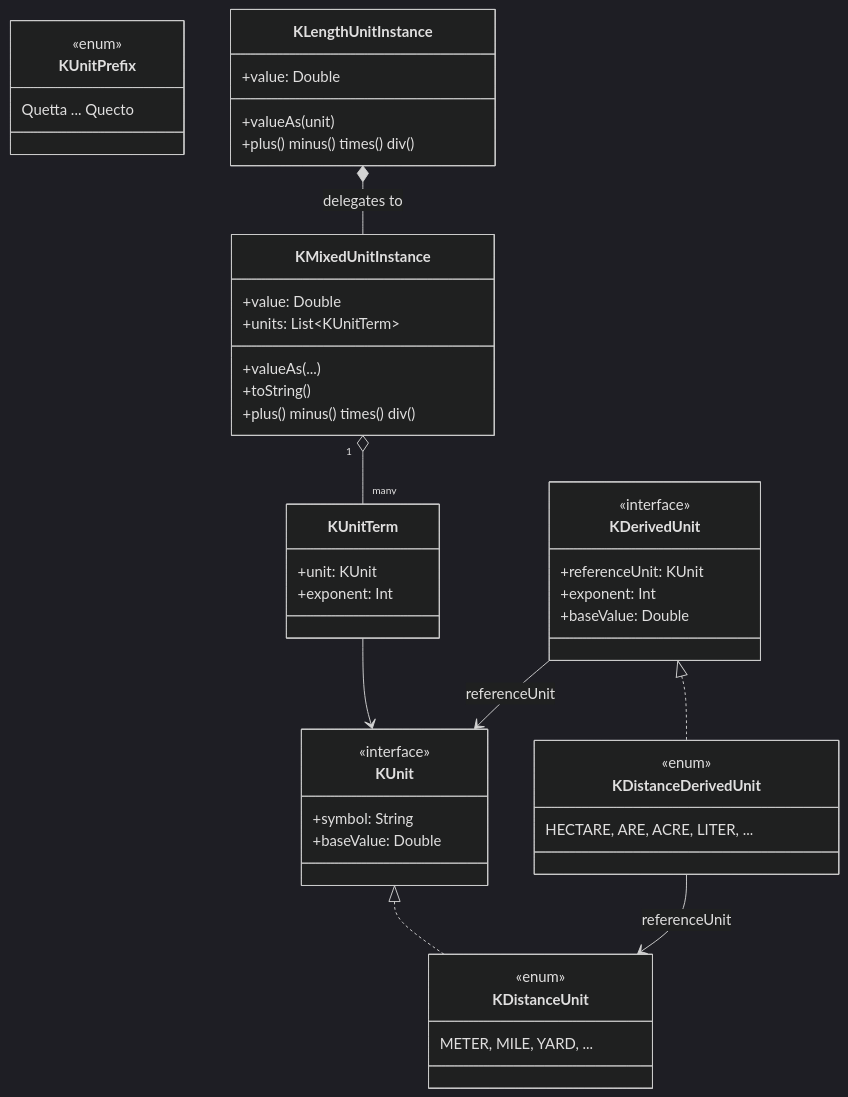
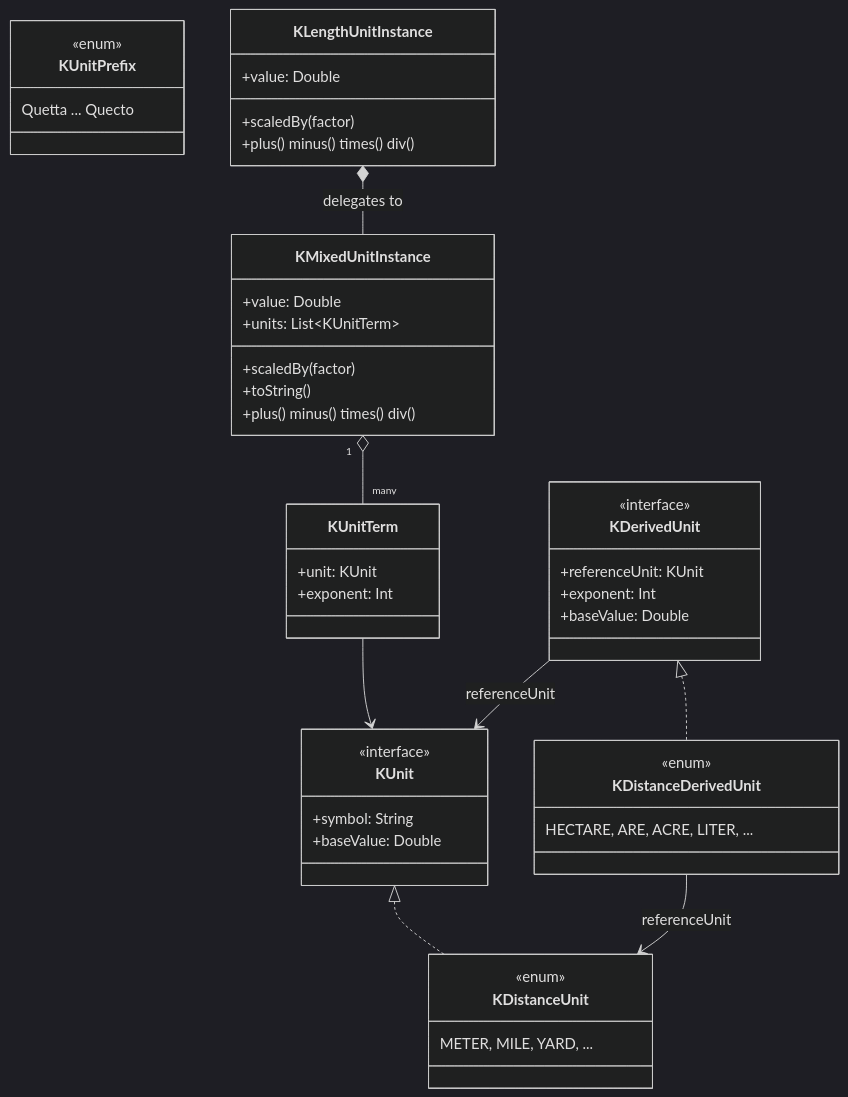
Before and after one commit to KleinerHacker/kunit: the diagram in README.md, drawn with Mermaid (dark theme). The commit also changed other lines of this file and 105 other files, not shown here.

````diff
--- a/README.md
+++ b/README.md
@@ -76,52 +78,52 @@
 ```mermaid
 classDiagram
     class KUnit {
         <<interface>>
         +symbol: String
         +baseValue: Double
     }
     class KMixedUnitInstance {
         +value: Double
         +units: List~KUnitTerm~
-        +valueAs(...)
+        +scaledBy(factor)
         +toString()
         +plus() minus() times() div()
     }
     class KUnitTerm {
         +unit: KUnit
         +exponent: Int
     }
     class KUnitPrefix {
         <<enum>>
         Quetta ... Quecto
     }
     class KDerivedUnit {
         <<interface>>
         +referenceUnit: KUnit
         +exponent: Int
         +baseValue: Double
     }
 
     KMixedUnitInstance "1" o-- "many" KUnitTerm
     KUnitTerm --> KUnit
     KDerivedUnit --> KUnit : referenceUnit
 
     class KDistanceUnit {
         <<enum>>
         METER, MILE, YARD, ...
     }
     class KLengthUnitInstance {
         +value: Double
-        +valueAs(unit)
+        +scaledBy(factor)
         +plus() minus() times() div()
     }
     class KDistanceDerivedUnit {
         <<enum>>
         HECTARE, ARE, ACRE, LITER, ...
     }
 
     KUnit <|.. KDistanceUnit
     KDerivedUnit <|.. KDistanceDerivedUnit
     KLengthUnitInstance *-- KMixedUnitInstance : delegates to
     KDistanceDerivedUnit --> KDistanceUnit : referenceUnit
 ```
````
